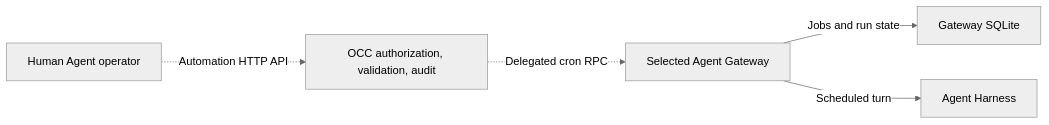
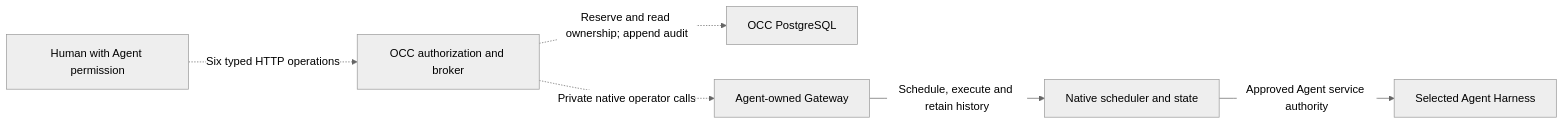
Before and after one commit to openclaw/openclaw-enterprise: the diagram in specs/rfcs/20261121-agent-automations.md, drawn with Mermaid (neutral theme). The commit also changed other lines of this file and 2 other files, not shown here.

Commit message:
docs: revise Agent automations as an OCC broker

````diff
--- a/specs/rfcs/20261121-agent-automations.md
+++ b/specs/rfcs/20261121-agent-automations.md
@@ -43,7 +89,8 @@
 ```mermaid
 flowchart LR
-  A["Human Agent operator"] -.->|"Automation HTTP API"| O["OCC authorization, validation, audit"]
-  O -.->|"Delegated cron RPC"| G["Selected Agent Gateway"]
-  G -->|"Jobs and run state"| S["Gateway SQLite"]
-  G -->|"Scheduled turn"| H["Agent Harness"]
+  H["Human with Agent permission"] -.->|"Six typed HTTP operations"| O["OCC authorization and broker"]
+  O -.->|"Reserve and read ownership; append audit"| P["OCC PostgreSQL"]
+  O -.->|"Private native operator calls"| G["Agent-owned Gateway"]
+  G -->|"Schedule, execute and retain history"| S["Native scheduler and state"]
+  S -->|"Approved Agent service authority"| A["Selected Agent Harness"]
 ```
````
